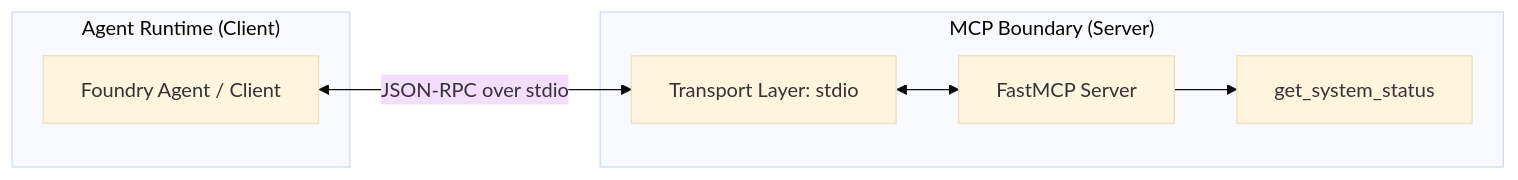
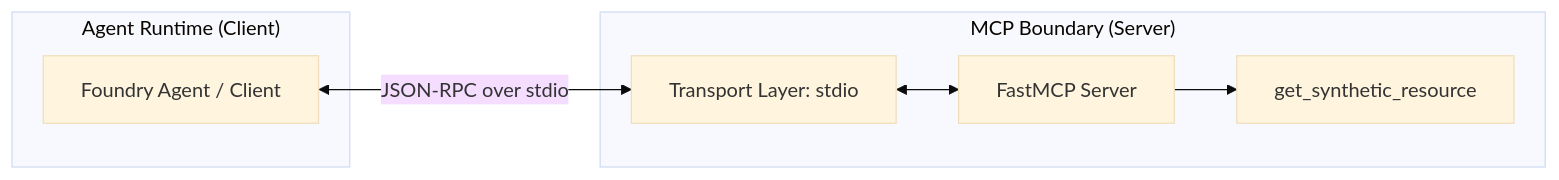
Before and after one commit to wildersa/azure_ref_kit: the diagram in building-blocks/mcp/fastmcp-basic-server/README.md, drawn with Mermaid (base theme). The commit also changed other lines of this file and 3 other files, not shown here.

````diff
--- a/building-blocks/mcp/fastmcp-basic-server/README.md
+++ b/building-blocks/mcp/fastmcp-basic-server/README.md
@@ -27,16 +27,16 @@
 ```mermaid
 flowchart LR
     subgraph "Agent Runtime (Client)"
         Agent[Foundry Agent / Client]
     end
 
     subgraph "MCP Boundary (Server)"
         Transport[Transport Layer: stdio]
         Server[FastMCP Server]
-        Tool1[get_system_status]
+        Tool1[get_synthetic_resource]
     end
 
     Agent <-->|JSON-RPC over stdio| Transport
     Transport <--> Server
     Server --> Tool1
 ```
````
